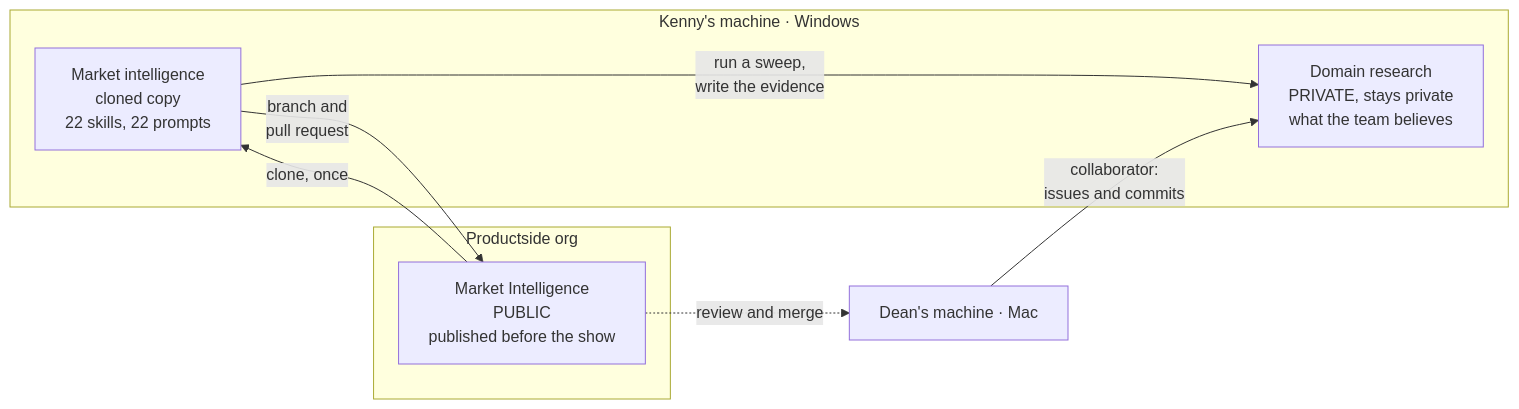
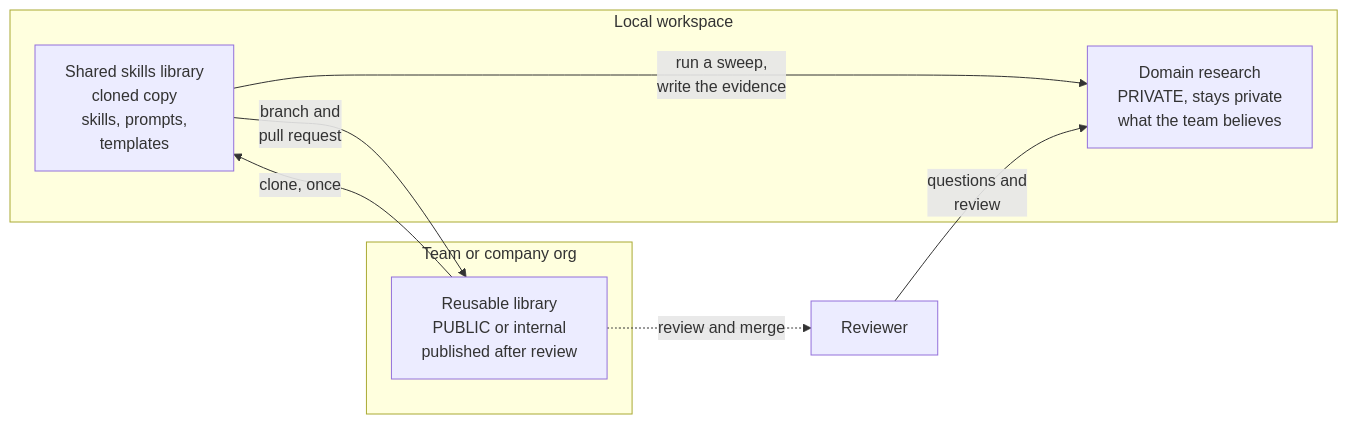
The diagram in docs/diagrams/07-two-repos-two-jobs.md (Productside/Productside-Github4PMs), drawn with Mermaid before and after one commit. The commit also changed other lines of this file and 206 other files, not shown here.

````diff
--- a/docs/diagrams/07-two-repos-two-jobs.md
+++ b/docs/diagrams/07-two-repos-two-jobs.md
@@ -7,17 +7,17 @@
 ```mermaid
 flowchart LR
-  subgraph K["Kenny's machine · Windows"]
+  subgraph L["Local workspace"]
     KR["Domain research<br/>PRIVATE, stays private<br/>what the team believes"]
-    ML["Market intelligence<br/>cloned copy<br/>22 skills, 22 prompts"]
+    ML["Shared skills library<br/>cloned copy<br/>skills, prompts,<br/>templates"]
   end
-  subgraph P["Productside org"]
-    MI["Market Intelligence<br/>PUBLIC<br/>published before the show"]
+  subgraph O["Team or company org"]
+    MI["Reusable library<br/>PUBLIC or internal<br/>published after review"]
   end
-  D["Dean's machine · Mac"]
+  R["Reviewer"]
 
   MI -->|"clone, once"| ML
   ML -->|"run a sweep,<br/>write the evidence"| KR
-  D -->|"collaborator:<br/>issues and commits"| KR
+  R -->|"questions and<br/>review"| KR
   ML -->|"branch and<br/>pull request"| MI
-  MI -.->|"review and merge"| D
+  MI -.->|"review and merge"| R
 ```
````
